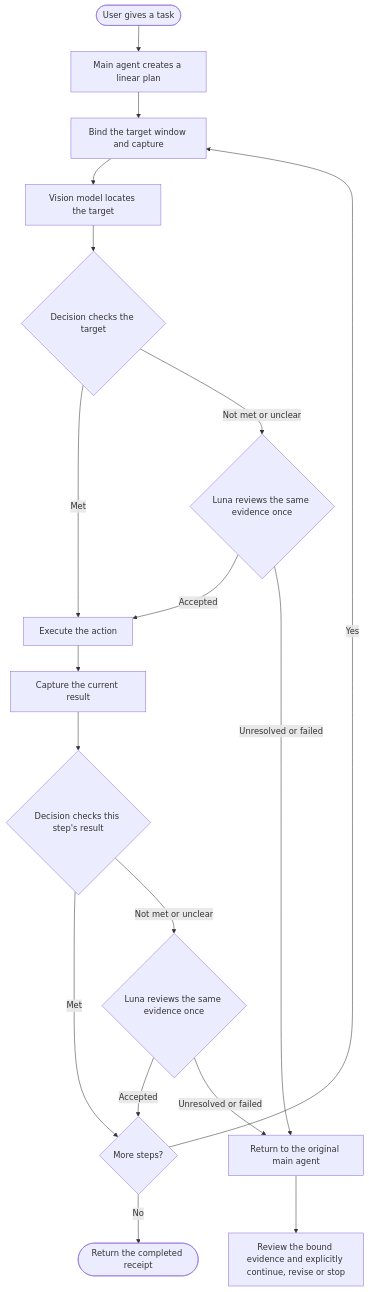
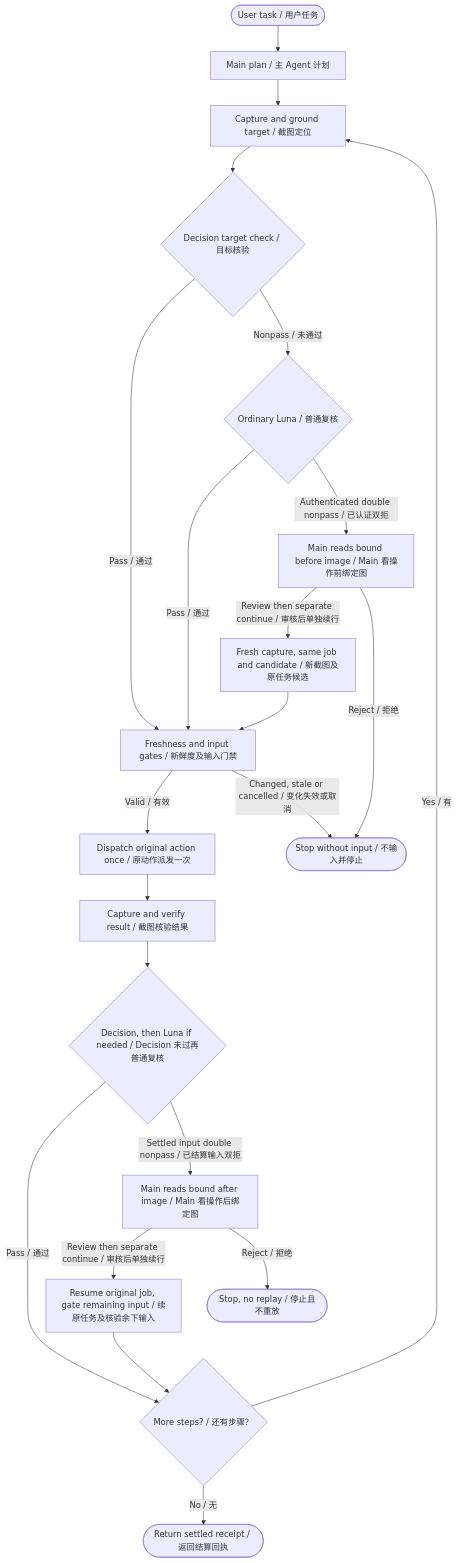
Before and after one commit to Desolate-Jix/agent-gui-runtime: the diagram in docs/EXECUTION_GUIDE.md, drawn with Mermaid. The commit also changed other lines of this file and 68 other files, not shown here.

````diff
--- a/docs/EXECUTION_GUIDE.md
+++ b/docs/EXECUTION_GUIDE.md
@@ -33,20 +35,24 @@
 ```mermaid
 flowchart TD
-    U([User gives a task]) --> M[Main agent creates a linear plan]
-    M --> C[Bind the target window and capture]
-    C --> V[Vision model locates the target]
-    V --> D{Decision checks the target}
-    D -->|Met| A[Execute the action]
-    D -->|Not met or unclear| L{Luna reviews the same evidence once}
-    L -->|Accepted| A
-    L -->|Unresolved or failed| R[Return to the original main agent]
-    A --> E[Capture the current result]
-    E --> O{Decision checks this step's result}
-    O -->|Met| N{More steps?}
-    O -->|Not met or unclear| Q{Luna reviews the same evidence once}
-    Q -->|Accepted| N
-    Q -->|Unresolved or failed| R
-    N -->|Yes| C
-    N -->|No| F([Return the completed receipt])
-    R --> P[Review the bound evidence and explicitly continue, revise or stop]
+    U([User task / 用户任务]) --> M[Main plan / 主 Agent 计划]
+    M --> C[Capture and ground target / 截图定位]
+    C --> D{Decision target check / 目标核验}
+    D -->|Pass / 通过| G[Freshness and input gates / 新鲜度及输入门禁]
+    D -->|Nonpass / 未通过| L{Ordinary Luna / 普通复核}
+    L -->|Pass / 通过| G
+    L -->|Authenticated double nonpass / 已认证双拒| B[Main reads bound before image / Main 看操作前绑定图]
+    B -->|Review then separate continue / 审核后单独续行| K[Fresh capture, same job and candidate / 新截图及原任务候选]
+    B -->|Reject / 拒绝| S([Stop without input / 不输入并停止])
+    K --> G
+    G -->|Valid / 有效| A[Dispatch original action once / 原动作派发一次]
+    G -->|Changed, stale or cancelled / 变化失效或取消| S
+    A --> E[Capture and verify result / 截图核验结果]
+    E --> V{Decision, then Luna if needed / Decision 未过再普通复核}
+    V -->|Pass / 通过| N{More steps? / 还有步骤？}
+    V -->|Settled input double nonpass / 已结算输入双拒| H[Main reads bound after image / Main 看操作后绑定图]
+    H -->|Review then separate continue / 审核后单独续行| J[Resume original job, gate remaining input / 续原任务及核验余下输入]
+    J --> N
+    H -->|Reject / 拒绝| Z([Stop, no replay / 停止且不重放])
+    N -->|Yes / 有| C
+    N -->|No / 无| F([Return settled receipt / 返回结算回执])
 ```
````
